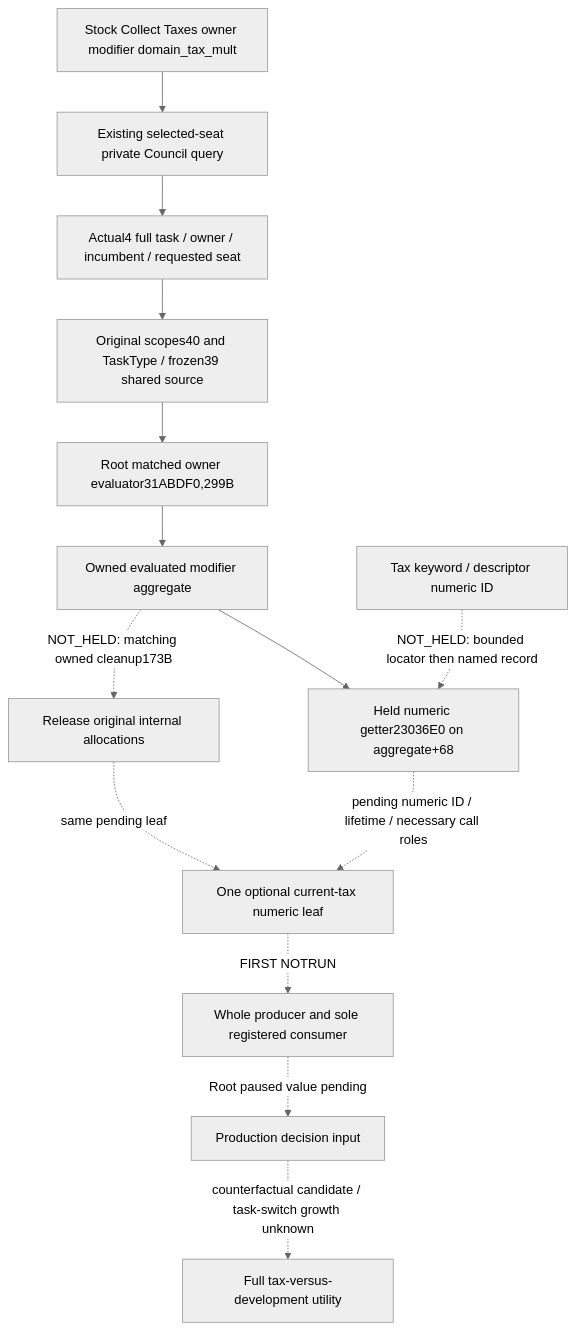
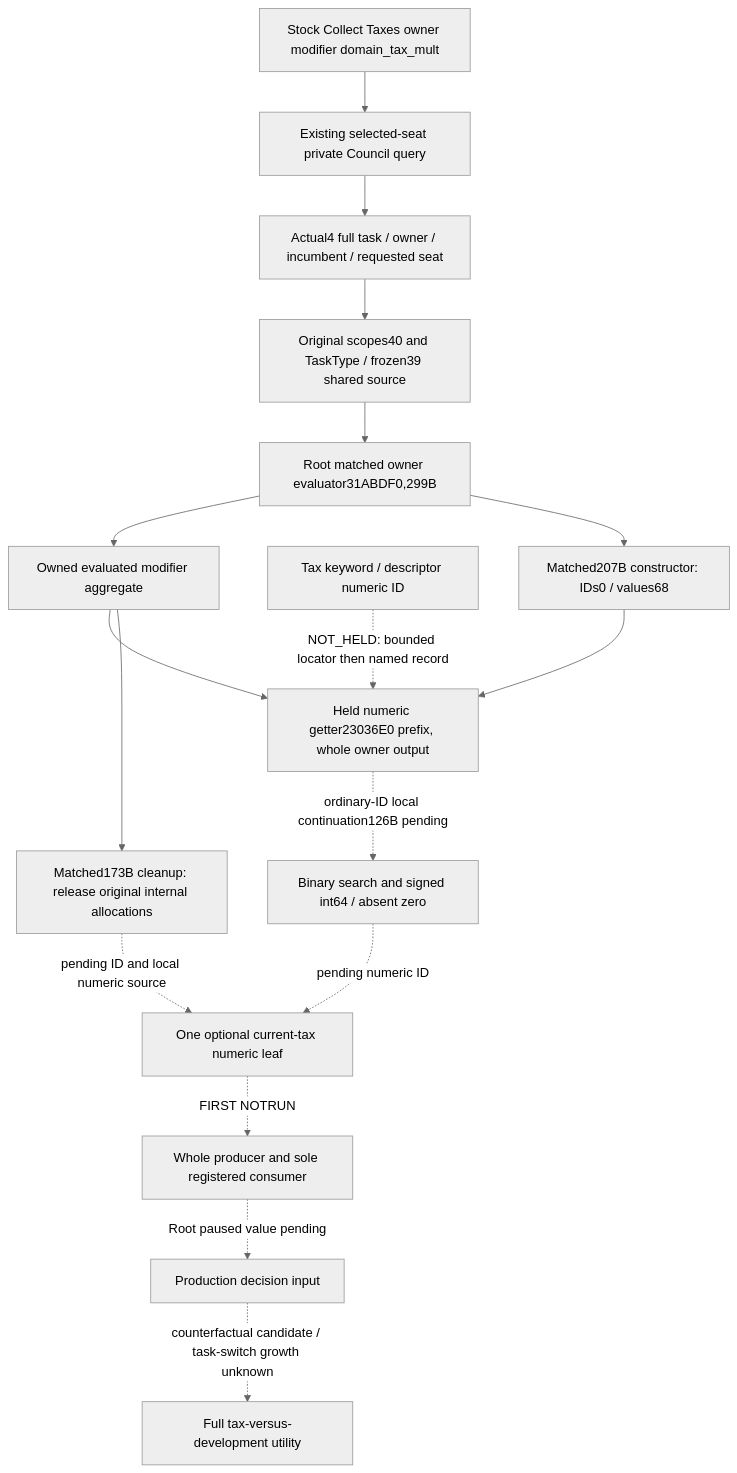
Before and after one commit to XenoAmess/ck3_eternal_recurrence: the diagram in docs/ck3-native-ai/council-current-task-domain-tax-component-12004.md, drawn with Mermaid (neutral theme). The commit also changed other lines of this file, not shown here.

Commit message:
Record matched Council owner output construction and cleanup

````diff
--- a/docs/ck3-native-ai/council-current-task-domain-tax-component-12004.md
+++ b/docs/ck3-native-ai/council-current-task-domain-tax-component-12004.md
@@ -46,16 +87,19 @@
 ```mermaid
 flowchart TD
     S[Stock Collect Taxes owner modifier domain_tax_mult] --> Q[Existing selected-seat private Council query]
     Q --> T[Actual4 full task / owner / incumbent / requested seat]
     T --> C[Original scopes40 and TaskType / frozen39 shared source]
     C --> E[Root matched owner evaluator31ABDF0,299B]
     E --> M[Owned evaluated modifier aggregate]
-    M --> G[Held numeric getter23036E0 on aggregate+68]
+    M --> G[Held numeric getter23036E0 prefix, whole owner output]
     I[Tax keyword / descriptor numeric ID] -. NOT_HELD: bounded locator then named record .-> G
-    M -. NOT_HELD: matching owned cleanup173B .-> D[Release original internal allocations]
-    G -. pending numeric ID / lifetime / necessary call roles .-> L[One optional current-tax numeric leaf]
-    D -. same pending leaf .-> L
+    E --> A[Matched207B constructor: IDs0 / values68]
+    A --> G
+    G -. ordinary-ID local continuation126B pending .-> N[Binary search and signed int64 / absent zero]
+    M --> D[Matched173B cleanup: release original internal allocations]
+    N -. pending numeric ID .-> L[One optional current-tax numeric leaf]
+    D -. pending ID and local numeric source .-> L
     L -. FIRST NOTRUN .-> W[Whole producer and sole registered consumer]
     W -. Root paused value pending .-> P[Production decision input]
     P -. counterfactual candidate / task-switch growth unknown .-> U[Full tax-versus-development utility]
 ```
````
